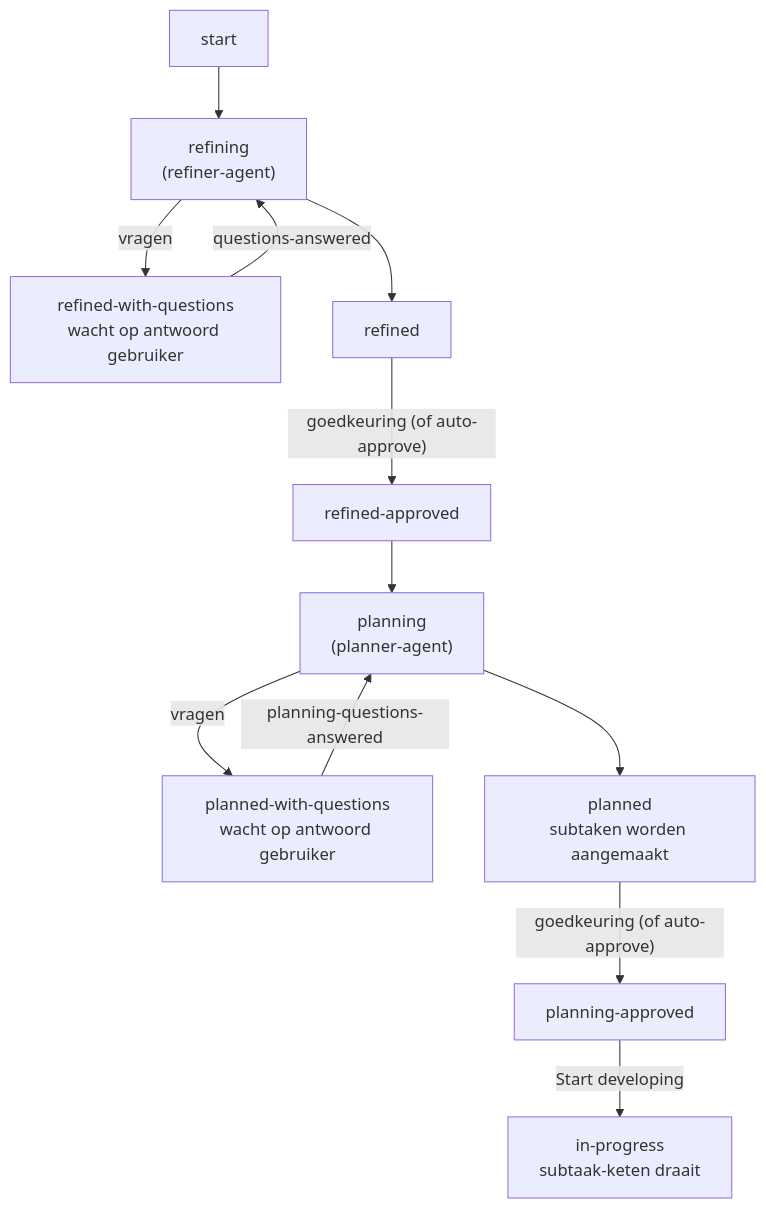
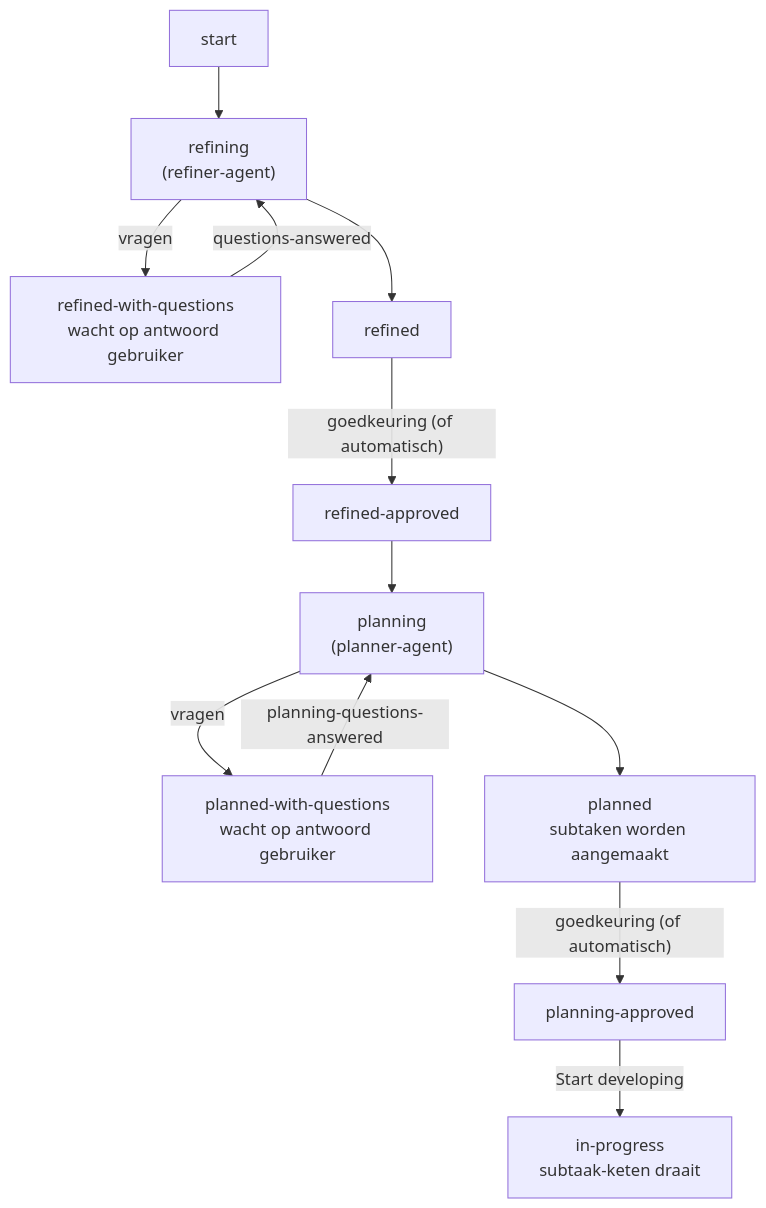
The first of 2 diagrams in README.md (robbertvdzon/software-factory), drawn with Mermaid before and after one commit. The commit also changed other lines of this file and 53 other files, not shown here.

````diff
--- a/README.md
+++ b/README.md
@@ -62,14 +62,14 @@
 ```mermaid
 flowchart TD
     START["start"] --> REF["refining<br/>(refiner-agent)"]
     REF -->|"vragen"| REFQ["refined-with-questions<br/>wacht op antwoord gebruiker"]
     REFQ -->|"questions-answered"| REF
     REF --> REFINED["refined"]
-    REFINED -->|"goedkeuring (of auto-approve)"| REFAPP["refined-approved"]
+    REFINED -->|"goedkeuring (of automatisch)"| REFAPP["refined-approved"]
     REFAPP --> PLAN["planning<br/>(planner-agent)"]
     PLAN -->|"vragen"| PLANQ["planned-with-questions<br/>wacht op antwoord gebruiker"]
     PLANQ -->|"planning-questions-answered"| PLAN
     PLAN --> PLANNED["planned<br/>subtaken worden aangemaakt"]
-    PLANNED -->|"goedkeuring (of auto-approve)"| PLANAPP["planning-approved"]
+    PLANNED -->|"goedkeuring (of automatisch)"| PLANAPP["planning-approved"]
     PLANAPP -->|"Start developing"| INPROG["in-progress<br/>subtaak-keten draait"]
 ```
````
